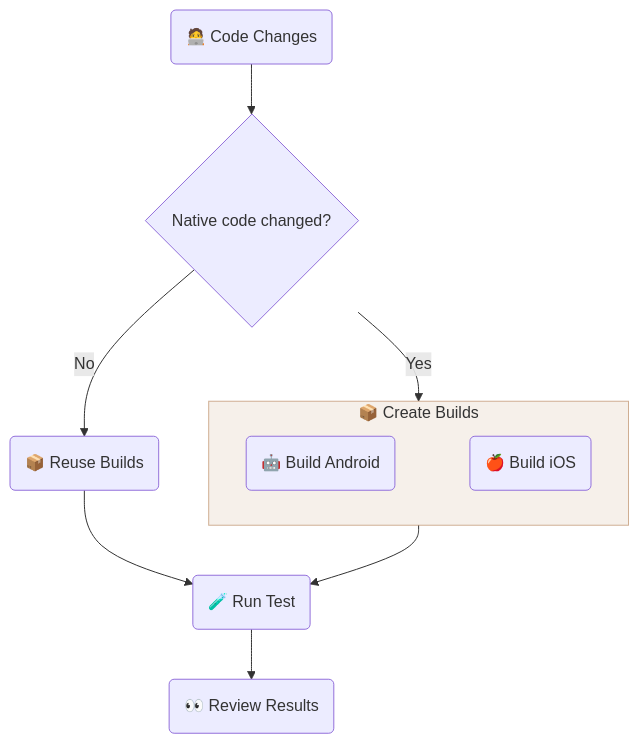
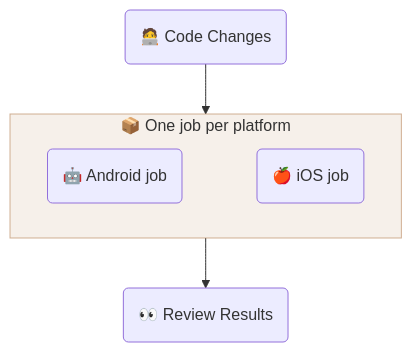
One commit to sherlo-io/sherlo changed the diagram in examples/eas-update/README.md. Above: the diagram before and after it, drawn with Mermaid. The commit also changed other lines of this file and 26 other files, not shown here.

Commit message:
docs: workflows, examples and readmes run sherlo test with no paths

````diff
--- a/examples/eas-update/README.md
+++ b/examples/eas-update/README.md
@@ -14,20 +14,14 @@
 ```mermaid
 flowchart TB
    UI(🧑‍💻 Code Changes)
-   Check{Native code changed?}
-   Reuse(📦 Reuse Builds)
-   subgraph Build[📦 Create Builds]
-      Android(🤖 Build Android)
-      iOS(🍎 Build iOS)
+   subgraph Jobs[📦 One job per platform]
+      Android(🤖 Android job)
+      iOS(🍎 iOS job)
       Android ~~~ iOS
-      style Build fill:#b8885f21,stroke:#b8885fa6
+      style Jobs fill:#b8885f21,stroke:#b8885fa6
    end
-   Test(🧪 Run Test)
    Review(👀 Review Results)
 
-   UI --> Check
-   Check -->|No| Reuse
-   Check -->|Yes| Build
-   Reuse & Build --> Test
-   Test --> Review
+   UI --> Jobs
+   Jobs --> Review
 ```
````
